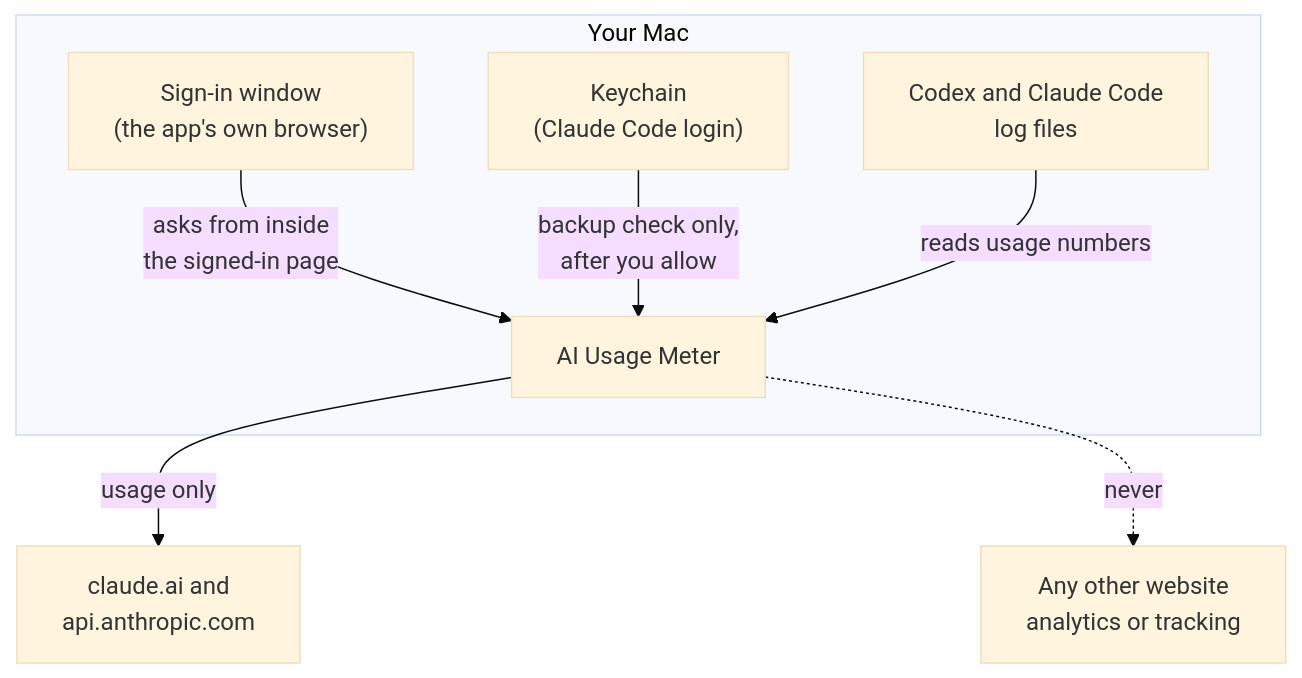
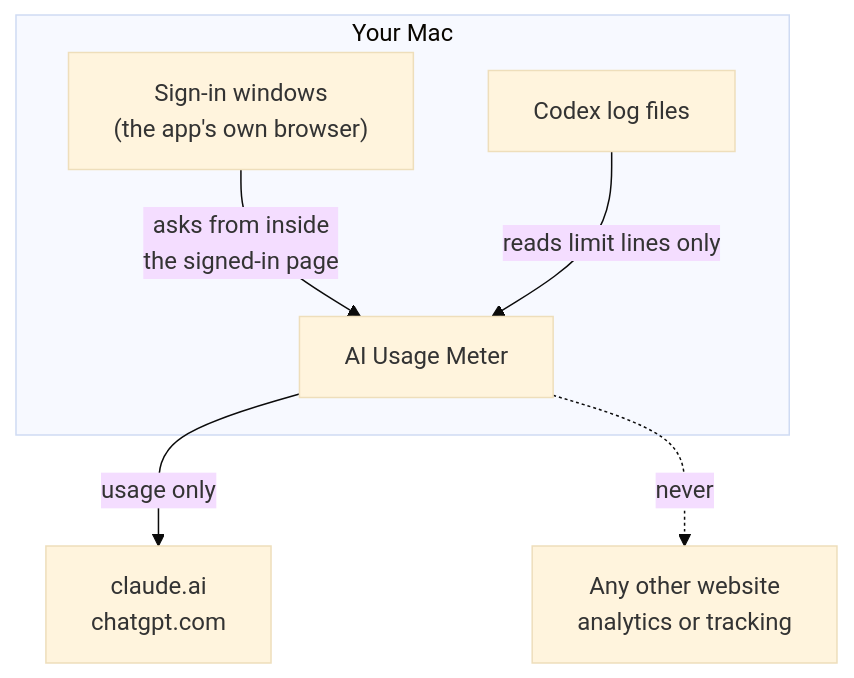
The second of 2 diagrams in README.md (PrajwalSR/ai_usage_meter), drawn with Mermaid (base theme) before and after one commit. The commit also changed other lines of this file and 29 other files, not shown here.

````diff
--- a/README.md
+++ b/README.md
@@ -172,10 +174,9 @@
 ```mermaid
 flowchart TB
     subgraph Mac["Your Mac"]
-        W["Sign-in window<br/>(the app's own browser)"] -->|"asks from inside<br/>the signed-in page"| APP["AI Usage Meter"]
-        K["Keychain<br/>(Claude Code login)"] -->|"backup check only,<br/>after you allow"| APP
-        L["Codex and Claude Code<br/>log files"] -->|"reads usage numbers"| APP
+        W["Sign-in windows<br/>(the app's own browser)"] -->|"asks from inside<br/>the signed-in page"| APP["AI Usage Meter"]
+        L["Codex log files"] -->|"reads limit lines only"| APP
     end
-    APP -->|"usage only"| AN["claude.ai and<br/>api.anthropic.com"]
+    APP -->|"usage only"| AN["claude.ai<br/>chatgpt.com"]
     APP -.->|"never"| X["Any other website<br/>analytics or tracking"]
 ```
````
